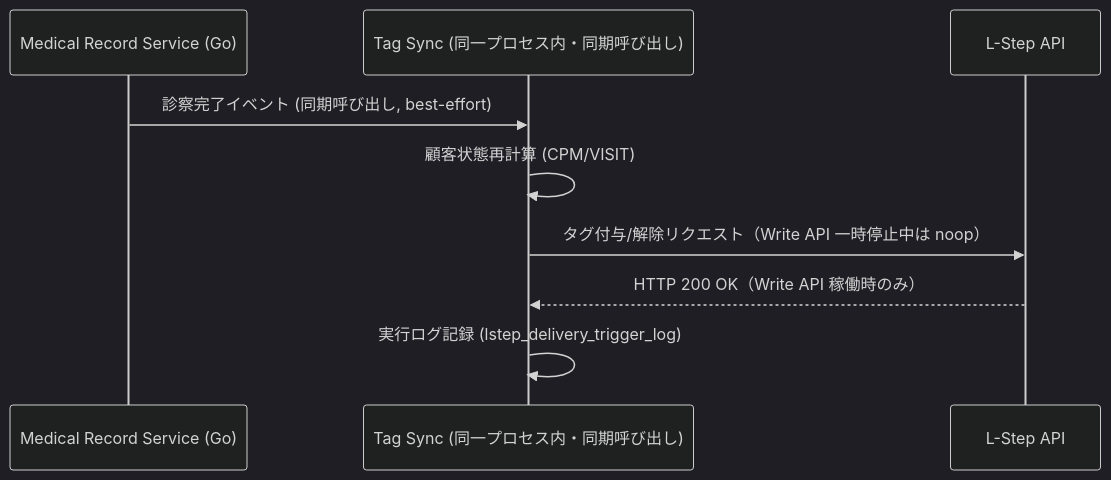
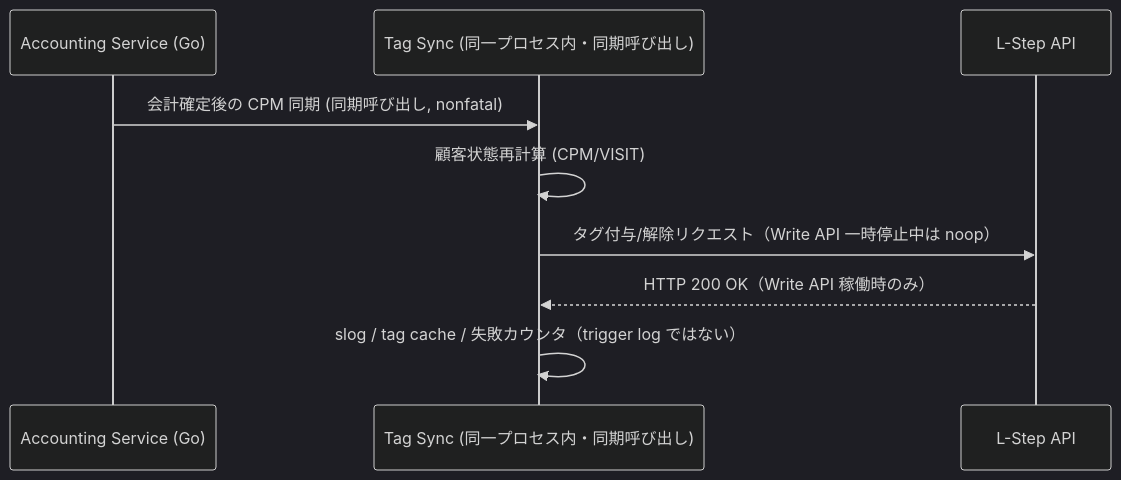
One commit to MinoruSoga/AnimalEkarte changed the diagram in docs/spec/line/architecture.md. Above: the diagram before and after it, drawn with Mermaid (dark theme). The commit also changed other lines of this file and 3 other files, not shown here.

````diff
--- a/docs/spec/line/architecture.md
+++ b/docs/spec/line/architecture.md
@@ -46,12 +50,12 @@
 ```mermaid
 sequenceDiagram
-    participant MR as Medical Record Service (Go)
+    participant Billing as Accounting Service (Go)
     participant Sync as Tag Sync (同一プロセス内・同期呼び出し)
     participant LS as L-Step API
-    
-    MR->>Sync: 診察完了イベント (同期呼び出し, best-effort)
+
+    Billing->>Sync: 会計確定後の CPM 同期 (同期呼び出し, nonfatal)
     Sync->>Sync: 顧客状態再計算 (CPM/VISIT)
     Sync->>LS: タグ付与/解除リクエスト（Write API 一時停止中は noop）
     LS-->>Sync: HTTP 200 OK（Write API 稼働時のみ）
-    Sync->>Sync: 実行ログ記録 (lstep_delivery_trigger_log)
+    Sync->>Sync: slog / tag cache / 失敗カウンタ（trigger log ではない）
 ```
````
